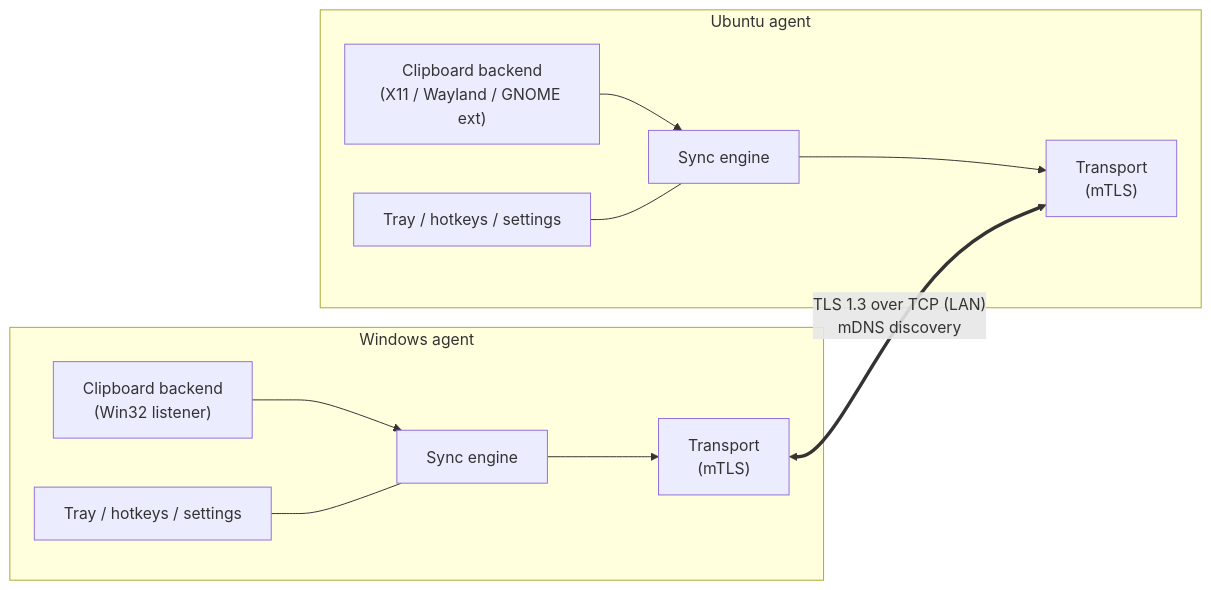
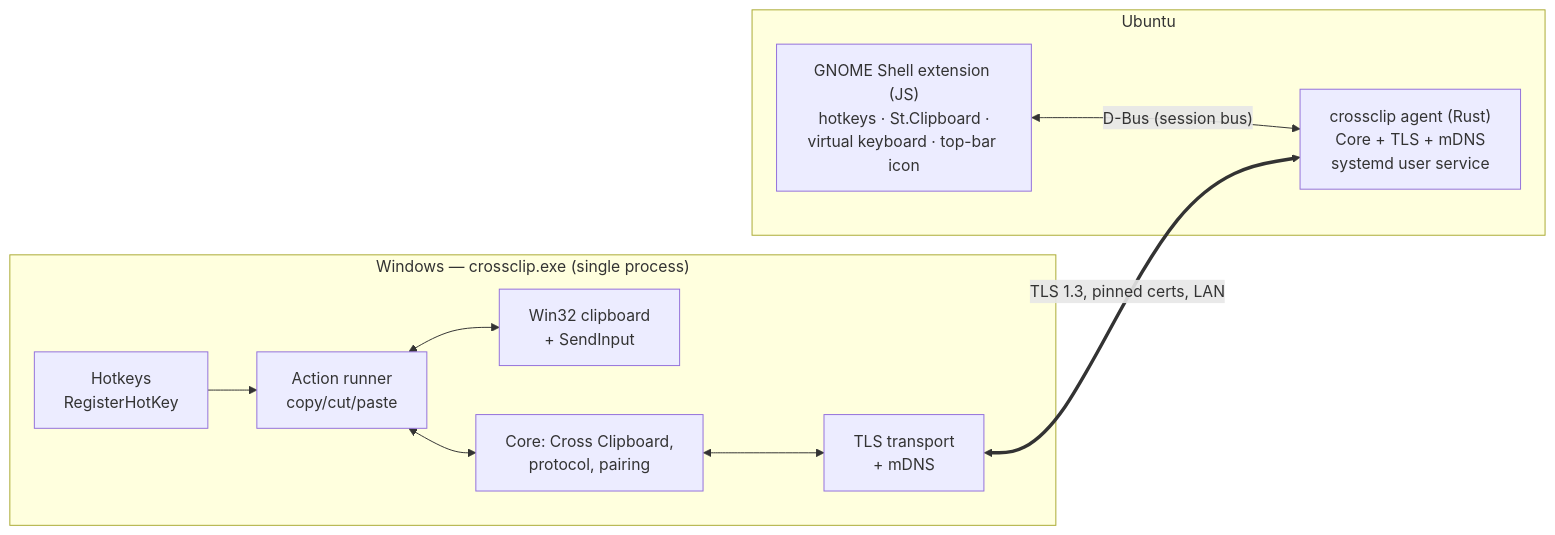
One commit to Eklavya99/Cross-copy-clipboard changed the first of 2 diagrams in docs/DESIGN.md. Above: the diagram before and after it, drawn with Mermaid. The commit also changed other lines of this file and 1 other file, not shown here.

First line of the commit message:
Revise design: hotkey-driven Cross Clipboard, GNOME Wayland extension

````diff
--- a/docs/DESIGN.md
+++ b/docs/DESIGN.md
@@ -41,14 +78,14 @@
 ```mermaid
 flowchart LR
-    subgraph WIN["Windows agent"]
-        WCB["Clipboard backend<br/>(Win32 listener)"] --> WSE["Sync engine"]
-        WSE --> WNET["Transport<br/>(mTLS)"]
-        WUI["Tray / hotkeys / settings"] --- WSE
+    subgraph WIN["Windows — crossclip.exe (single process)"]
+        WH["Hotkeys<br/>RegisterHotKey"] --> WA["Action runner<br/>copy/cut/paste"]
+        WA <--> WCB["Win32 clipboard<br/>+ SendInput"]
+        WA <--> WCORE["Core: Cross Clipboard,<br/>protocol, pairing"]
+        WCORE <--> WNET["TLS transport<br/>+ mDNS"]
     end
-    subgraph LNX["Ubuntu agent"]
-        LCB["Clipboard backend<br/>(X11 / Wayland / GNOME ext)"] --> LSE["Sync engine"]
-        LSE --> LNET["Transport<br/>(mTLS)"]
-        LUI["Tray / hotkeys / settings"] --- LSE
+    subgraph LNX["Ubuntu"]
+        EXT["GNOME Shell extension (JS)<br/>hotkeys · St.Clipboard ·<br/>virtual keyboard · top-bar icon"]
+        EXT <-- "D-Bus (session bus)" --> LCORE["crossclip agent (Rust)<br/>Core + TLS + mDNS<br/>systemd user service"]
     end
-    WNET <== "TLS 1.3 over TCP (LAN)<br/>mDNS discovery" ==> LNET
+    WNET <== "TLS 1.3, pinned certs, LAN" ==> LCORE
 ```
````
